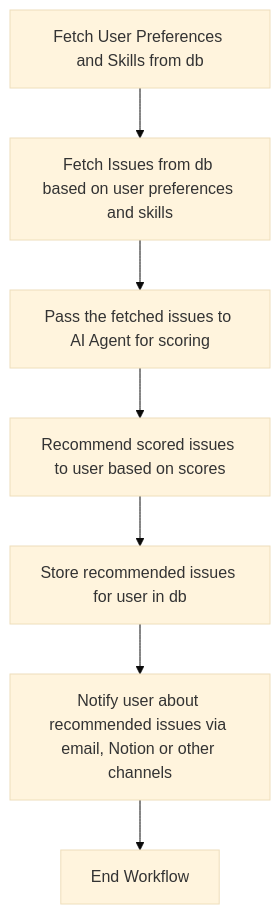
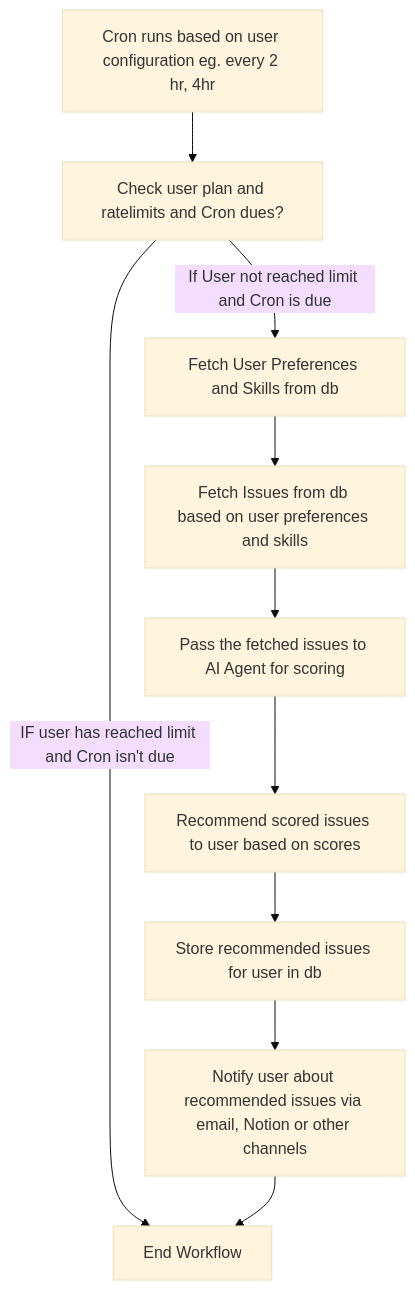
Before and after one commit to mustafa-sayyed/getissues: the second of 2 diagrams in packages/workflows/README.md, drawn with Mermaid (base theme). The commit also changed other lines of this file, not shown here.

````diff
--- a/packages/workflows/README.md
+++ b/packages/workflows/README.md
@@ -48,10 +50,14 @@
 ```mermaid
 graph TD
+    START[Cron runs based on user configuration eg. every 2 hr, 4hr]
+    START --> CHECK[Check user plan and ratelimits and Cron dues?]
+    CHECK -- If User not reached limit and Cron is due --> A
+    CHECK -- IF user has reached limit and Cron isn't due --> G
     A[Fetch User Preferences and Skills from db]
     A --> B[Fetch Issues from db based on user preferences and skills]
     B --> C[Pass the fetched issues to AI Agent for scoring]
     C --> D[Recommend scored issues to user based on scores]
     D --> E[Store recommended issues for user in db]
     E --> F[Notify user about recommended issues via email, Notion or other channels]
     F --> G[End Workflow]
 ```
````
